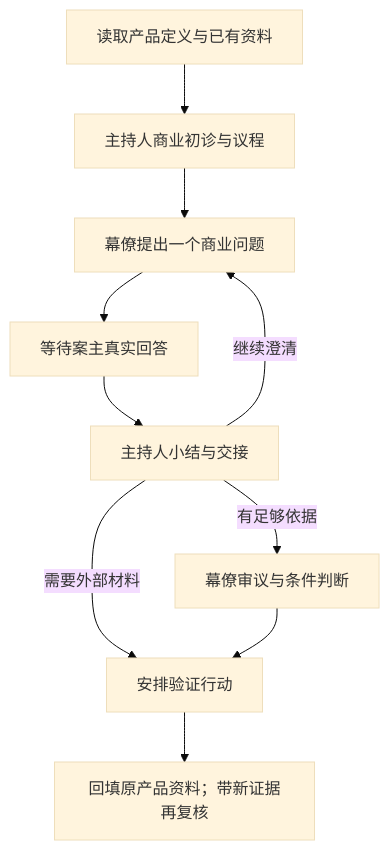
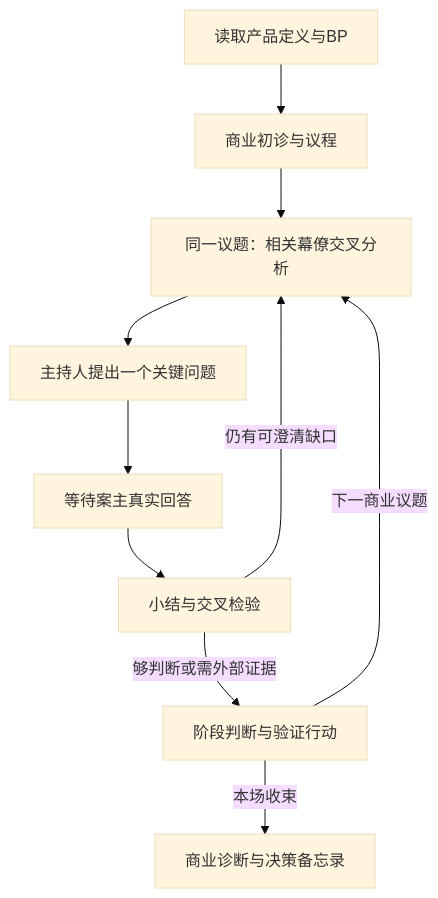
The diagram in README.md (wukongai/private-board-skill-public), drawn with Mermaid (base theme) before and after one commit. The commit also changed other lines of this file and 9 other files, not shown here.

````diff
--- a/README.md
+++ b/README.md
@@ -23,12 +23,12 @@
 ```mermaid
 flowchart TD
- A[读取产品定义与已有资料] --> B[主持人商业初诊与议程]
- B --> C[幕僚提出一个商业问题]
- C --> D[等待案主真实回答]
- D --> E[主持人小结与交接]
- E -->|继续澄清| C
- E -->|有足够依据| F[幕僚审议与条件判断]
- E -->|需要外部材料| G[安排验证行动]
- F --> G
- G --> H[回填原产品资料；带新证据再复核]
+ A[读取产品定义与BP] --> B[商业初诊与议程]
+ B --> C[同一议题：相关幕僚交叉分析]
+ C --> D[主持人提出一个关键问题]
+ D --> E[等待案主真实回答]
+ E --> F[小结与交叉检验]
+ F -->|仍有可澄清缺口| C
+ F -->|够判断或需外部证据| G[阶段判断与验证行动]
+ G -->|下一商业议题| C
+ G -->|本场收束| H[商业诊断与决策备忘录]
 ```
````
